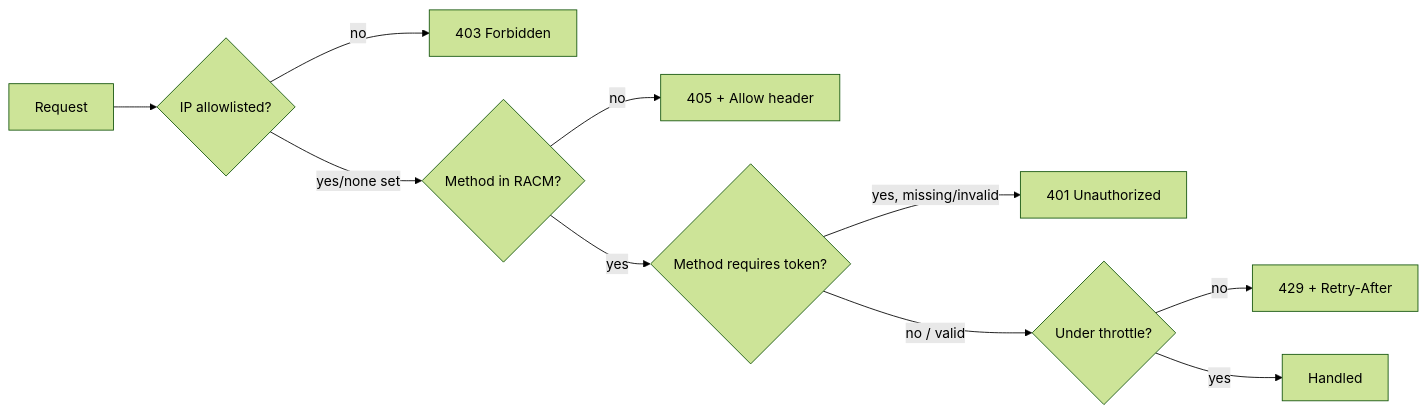
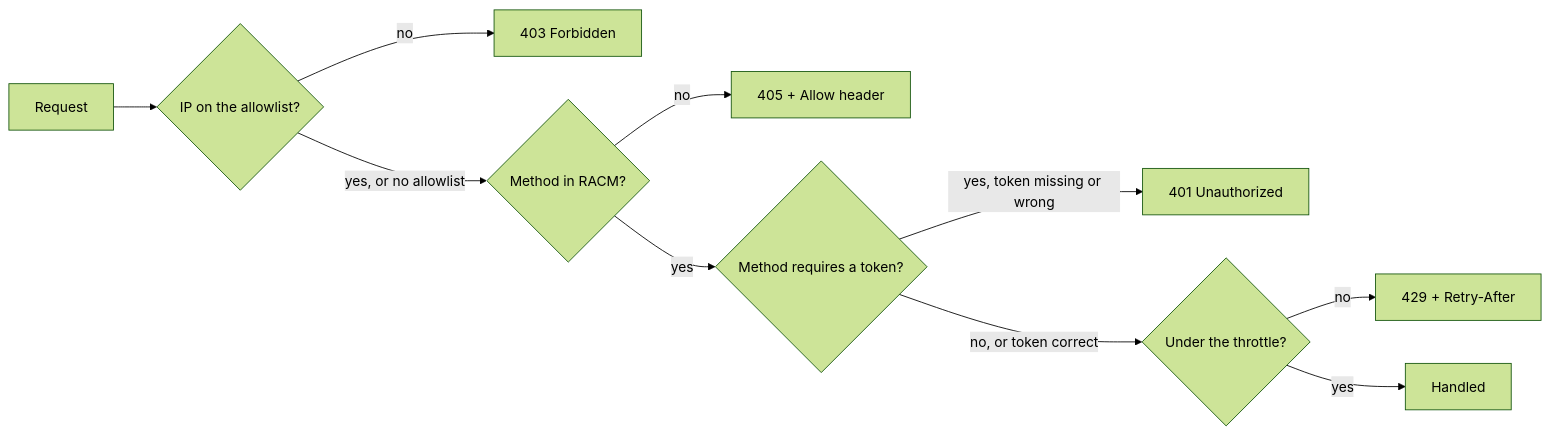
One commit to conduits-xyz/conduits changed the diagram in docs/developer-guide.md. Above: the diagram before and after it, drawn with Mermaid (forest theme). The commit also changed other lines of this file and 64 other files, not shown here.

````diff
--- a/docs/developer-guide.md
+++ b/docs/developer-guide.md
@@ -272,12 +385,12 @@
 ```mermaid
 flowchart LR
-    A[Request] --> B{IP allowlisted?}
+    A[Request] --> B{IP on the allowlist?}
     B -- no --> R1[403 Forbidden]
-    B -- yes/none set --> C{Method in RACM?}
+    B -- yes, or no allowlist --> C{Method in RACM?}
     C -- no --> R2[405 + Allow header]
-    C -- yes --> D{Method requires token?}
-    D -- yes, missing/invalid --> R3[401 Unauthorized]
-    D -- no / valid --> E{Under throttle?}
+    C -- yes --> D{Method requires a token?}
+    D -- yes, token missing or wrong --> R3[401 Unauthorized]
+    D -- no, or token correct --> E{Under the throttle?}
     E -- no --> R4[429 + Retry-After]
     E -- yes --> F[Handled]
 ```
````
